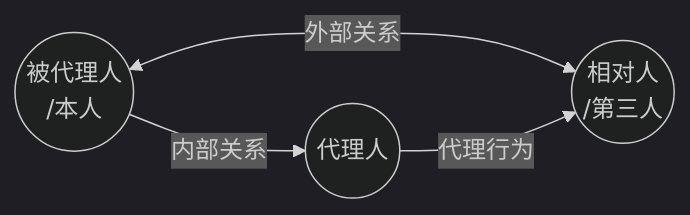
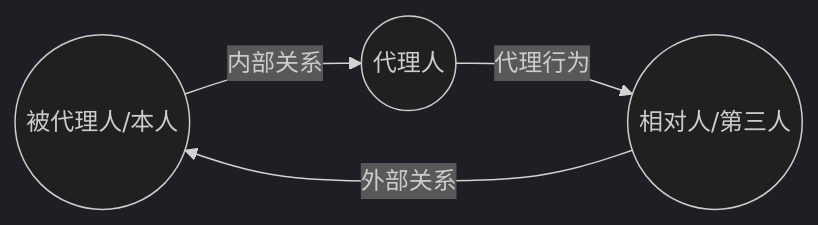
The first of 3 diagrams in content/法学/民商法/民法/民总/IV 法律行为/5. 为他人实施法律行为：代理.md (chilly-chilli/ChillyChilli), drawn with Mermaid (dark theme) before and after one commit. The commit also changed other lines of this file and 32 other files, not shown here.

````diff
--- a/content/法学/民商法/民法/民总/IV 法律行为/5. 为他人实施法律行为：代理.md
+++ b/content/法学/民商法/民法/民总/IV 法律行为/5. 为他人实施法律行为：代理.md
@@ -8,9 +5,6 @@
 ```mermaid
 graph LR
-	B((被代理人<br>/本人))
-	D((代理人))
-	S((相对人<br>/第三人))
-	B --内部关系--> D
-	B <--外部关系--> S
-	D --代理行为--> S
+  B((被代理人/本人)) -- 内部关系 --> A((代理人))
+  A -- 代理行为 --> T((相对人/第三人))
+  T -- 外部关系 --> B
 ```
````
